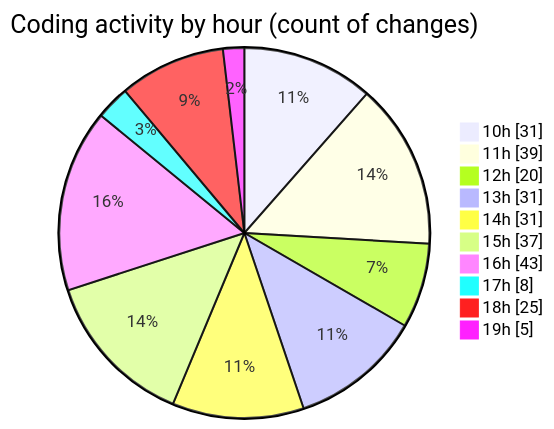
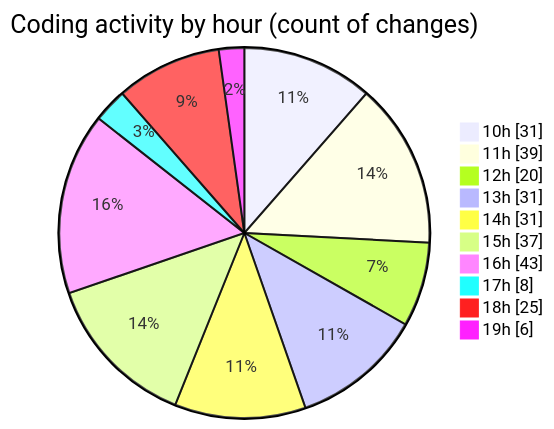
Before and after one commit to momahboobian/code-tracking: the second of 2 diagrams in 2026-03-25/cda/README.md, drawn with Mermaid. The commit also changed other lines of this file and 1 other file, not shown here.

````diff
--- a/2026-03-25/cda/README.md
+++ b/2026-03-25/cda/README.md
@@ -41,14 +41,14 @@
 ```mermaid
 pie showData
 title Coding activity by hour (count of changes)
 "10h" : 31
 "11h" : 39
 "12h" : 20
 "13h" : 31
 "14h" : 31
 "15h" : 37
 "16h" : 43
 "17h" : 8
 "18h" : 25
-"19h" : 5
+"19h" : 6
 ```
````
